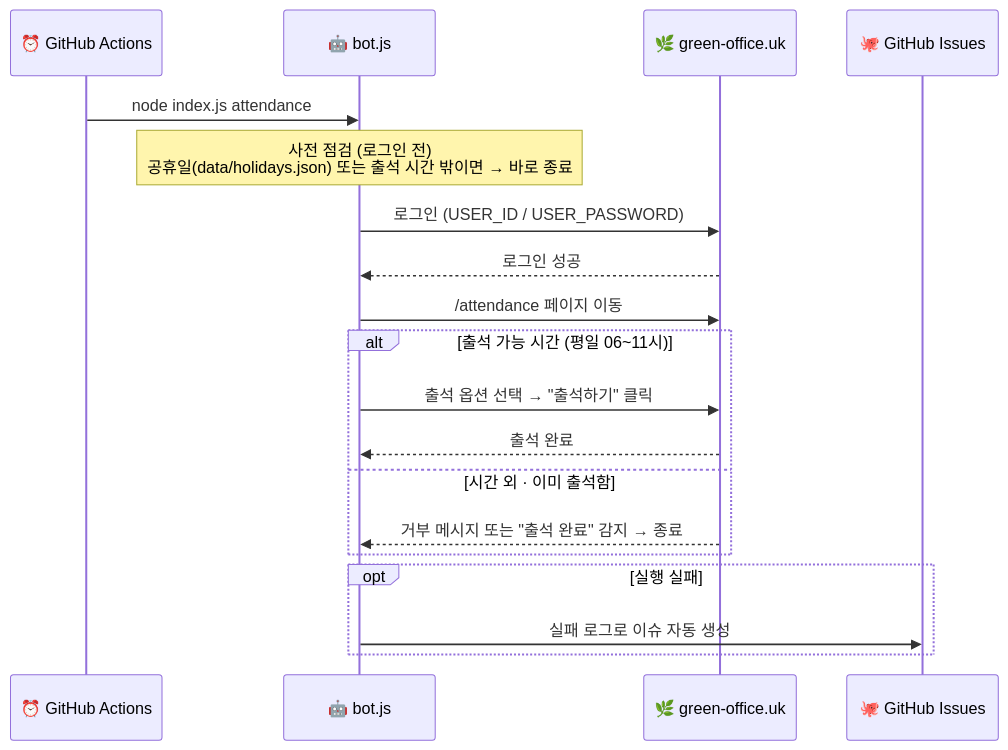
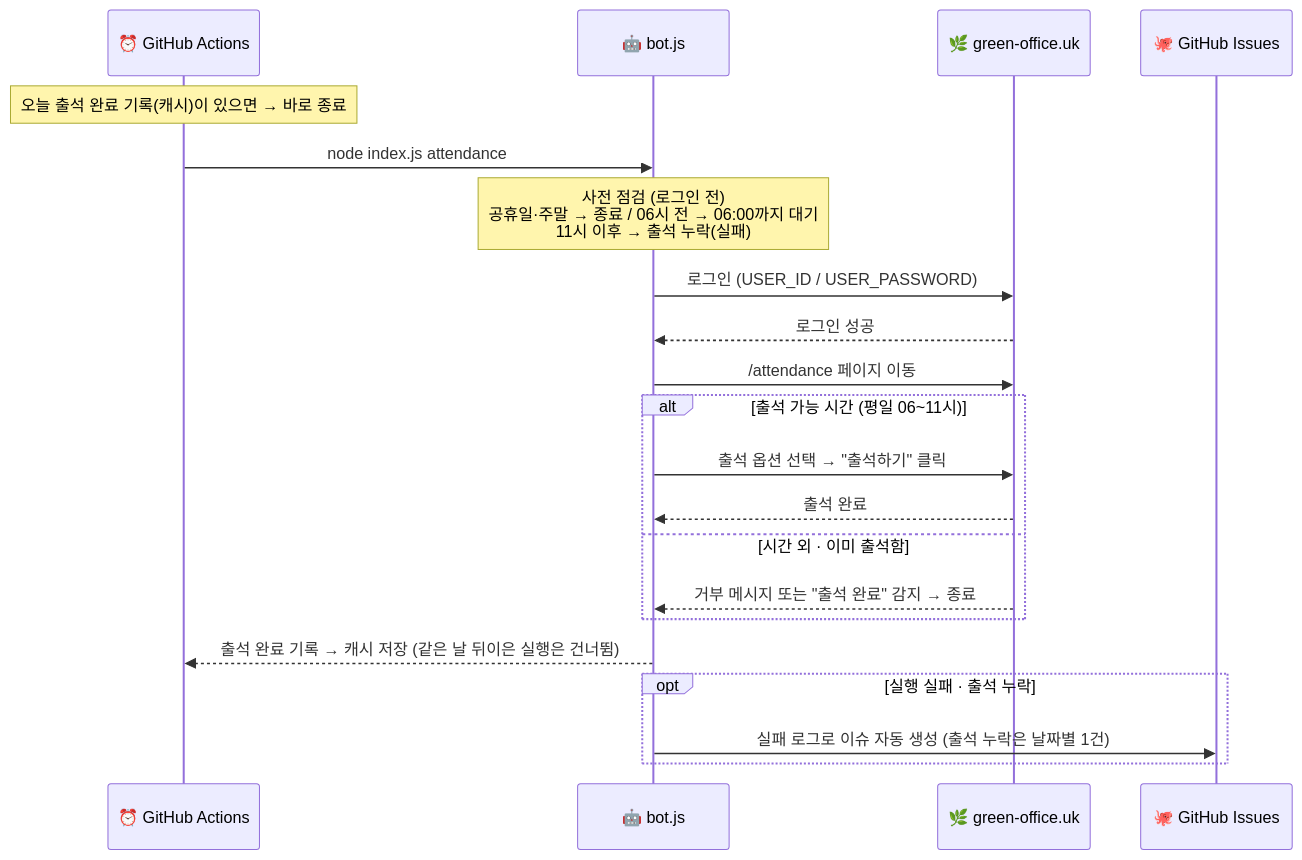
The second of 3 diagrams in README.md (leemgs/green-office-agent), drawn with Mermaid before and after one commit. The commit also changed other lines of this file and 3 other files, not shown here.

````diff
--- a/README.md
+++ b/README.md
@@ -141,22 +141,24 @@
 ```mermaid
 sequenceDiagram
     participant CRON as ⏰ GitHub Actions
     participant BOT as 🤖 bot.js
     participant SITE as 🌿 green-office.uk
     participant GH as 🐙 GitHub Issues
 
+    Note over CRON: 오늘 출석 완료 기록(캐시)이 있으면 → 바로 종료
     CRON->>BOT: node index.js attendance
-    Note over BOT: 사전 점검 (로그인 전)<br/>공휴일(data/holidays.json) 또는 출석 시간 밖이면 → 바로 종료
+    Note over BOT: 사전 점검 (로그인 전)<br/>공휴일·주말 → 종료 / 06시 전 → 06:00까지 대기<br/>11시 이후 → 출석 누락(실패)
     BOT->>SITE: 로그인 (USER_ID / USER_PASSWORD)
     SITE-->>BOT: 로그인 성공
     BOT->>SITE: /attendance 페이지 이동
     alt 출석 가능 시간 (평일 06~11시)
         BOT->>SITE: 출석 옵션 선택 → "출석하기" 클릭
         SITE-->>BOT: 출석 완료
     else 시간 외 · 이미 출석함
         SITE-->>BOT: 거부 메시지 또는 "출석 완료" 감지 → 종료
     end
-    opt 실행 실패
-        BOT->>GH: 실패 로그로 이슈 자동 생성
+    BOT-->>CRON: 출석 완료 기록 → 캐시 저장 (같은 날 뒤이은 실행은 건너뜀)
+    opt 실행 실패 · 출석 누락
+        BOT->>GH: 실패 로그로 이슈 자동 생성 (출석 누락은 날짜별 1건)
     end
 ```
````
